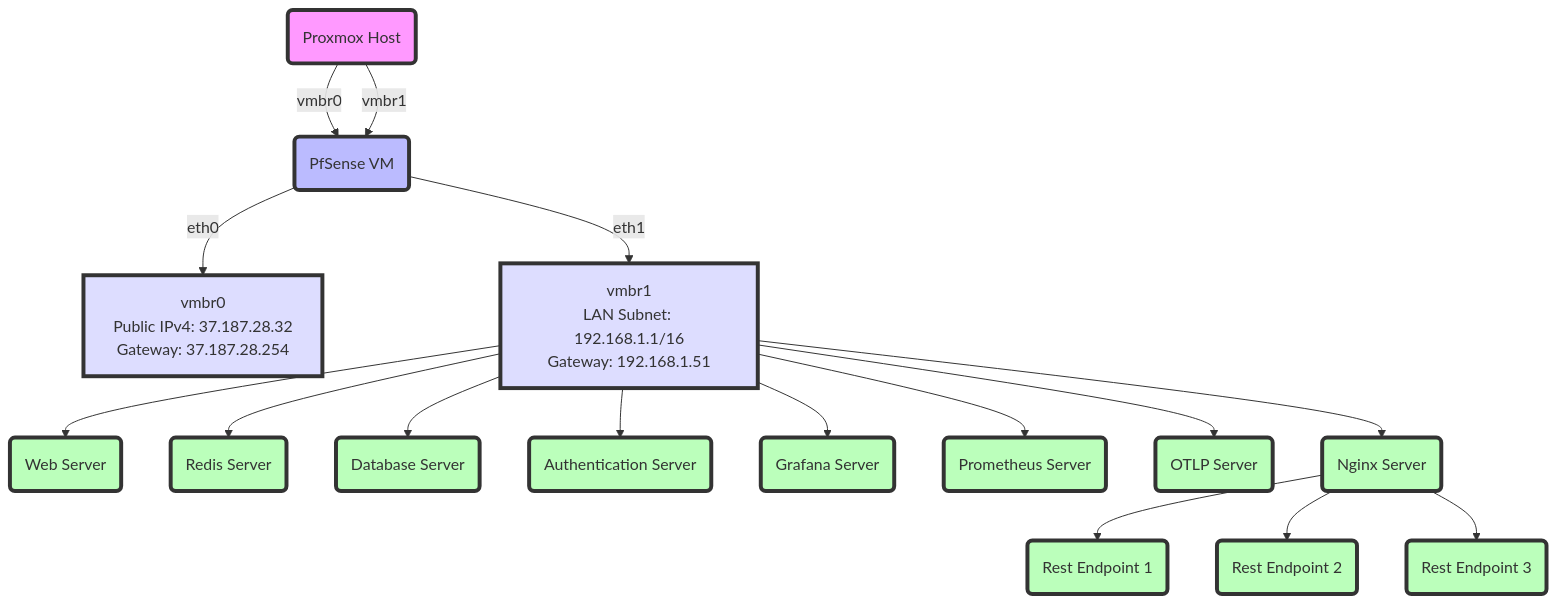
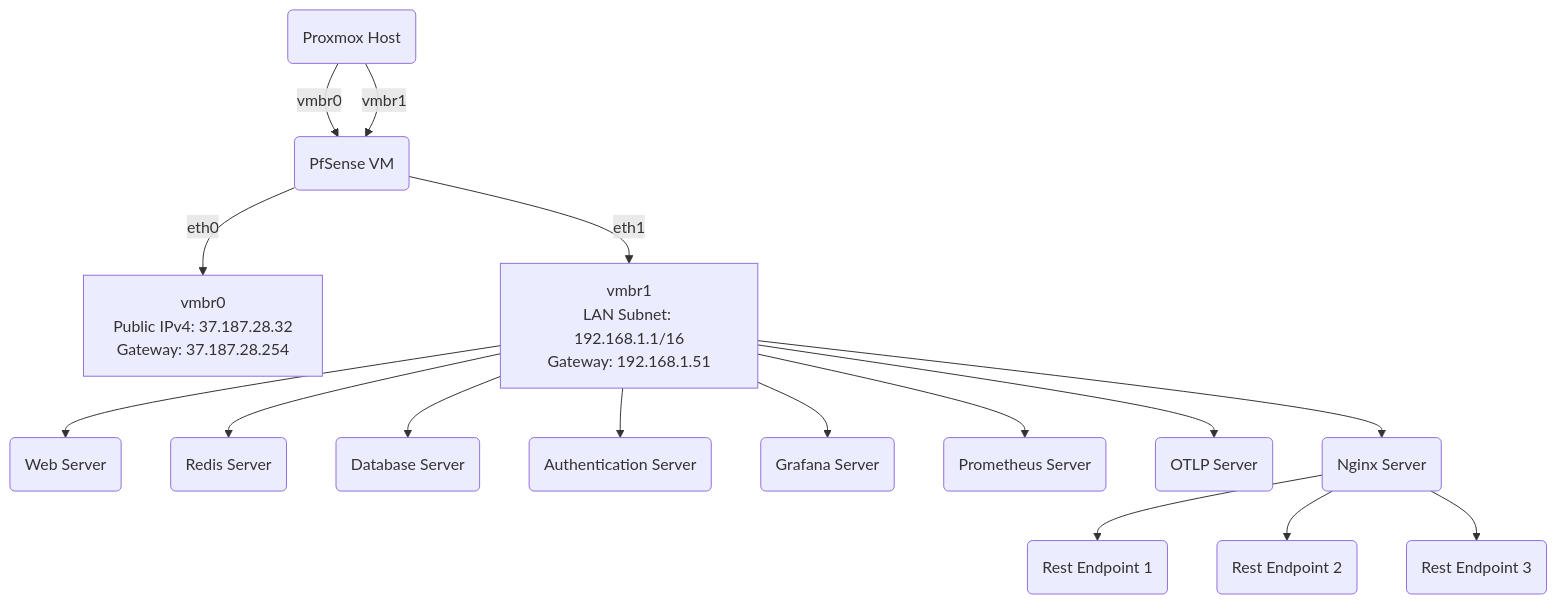
The diagram in README_OVH.md (bartengine27/hostr), drawn with Mermaid before and after one commit. The commit also changed other lines of this file and 15 other files, not shown here.

````diff
--- a/README_OVH.md
+++ b/README_OVH.md
@@ -58,32 +109,24 @@
 ```mermaid
 graph TD
     ProxmoxHost(Proxmox Host)
     ProxmoxHost -->|vmbr0| VM500(PfSense VM)
     ProxmoxHost -->|vmbr1| VM500
 
     VM500 -->|eth0| vmbr0[vmbr0<br>Public IPv4: 37.187.28.32<br>Gateway: 37.187.28.254]
     VM500 -->|eth1| vmbr1[vmbr1<br>LAN Subnet: 192.168.1.1/16<br>Gateway: 192.168.1.51]
 
     vmbr1 --> C600(Web Server)
     vmbr1 --> C601(Redis Server)
     vmbr1 --> C602(Database Server)
     vmbr1 --> C603(Authentication Server)
     vmbr1 --> C605(Grafana Server)
     vmbr1 --> C606(Prometheus Server)
     vmbr1 --> C607(OTLP Server)
     vmbr1 --> C610(Nginx Server)
 
     C610 --> C604(Rest Endpoint 1)
     C610 --> C608(Rest Endpoint 2)
     C610 --> C609(Rest Endpoint 3)
 
-    classDef proxmox fill:#f9f,stroke:#333,stroke-width:4px;
-    classDef vm fill:#bbf,stroke:#333,stroke-width:4px;
-    classDef container fill:#bfb,stroke:#333,stroke-width:4px;
-    classDef bridge fill:#ddf,stroke:#333,stroke-width:4px;
 
-    class ProxmoxHost proxmox;
-    class VM500 vm;
-    class C600,C601,C602,C603,C604,C605,C606,C607,C608,C609,C610 container;
-    class vmbr0,vmbr1 bridge;
 ```
````
